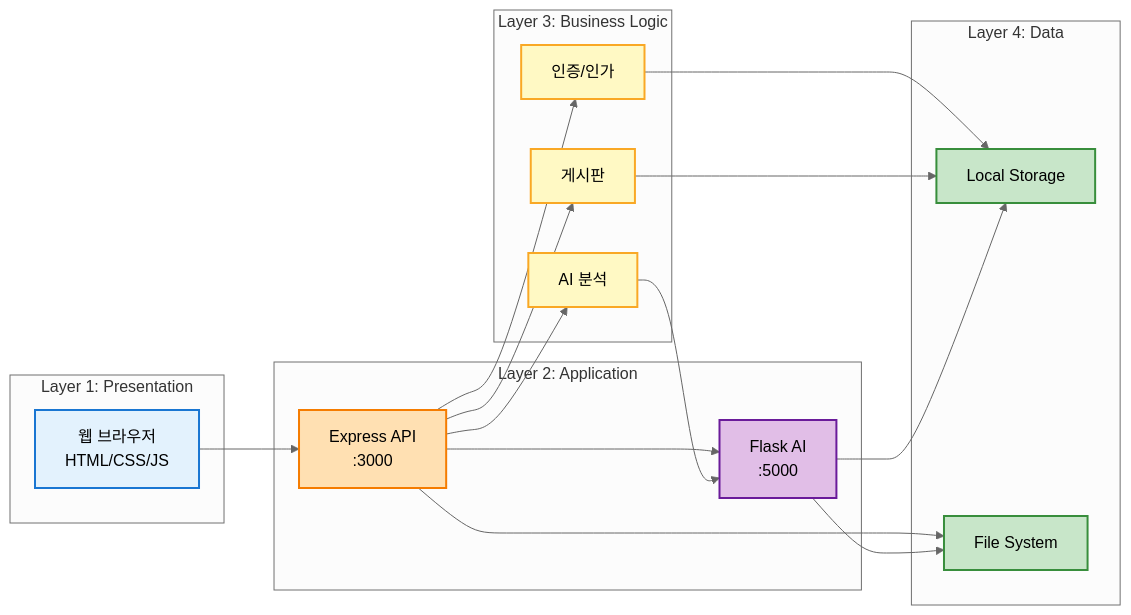
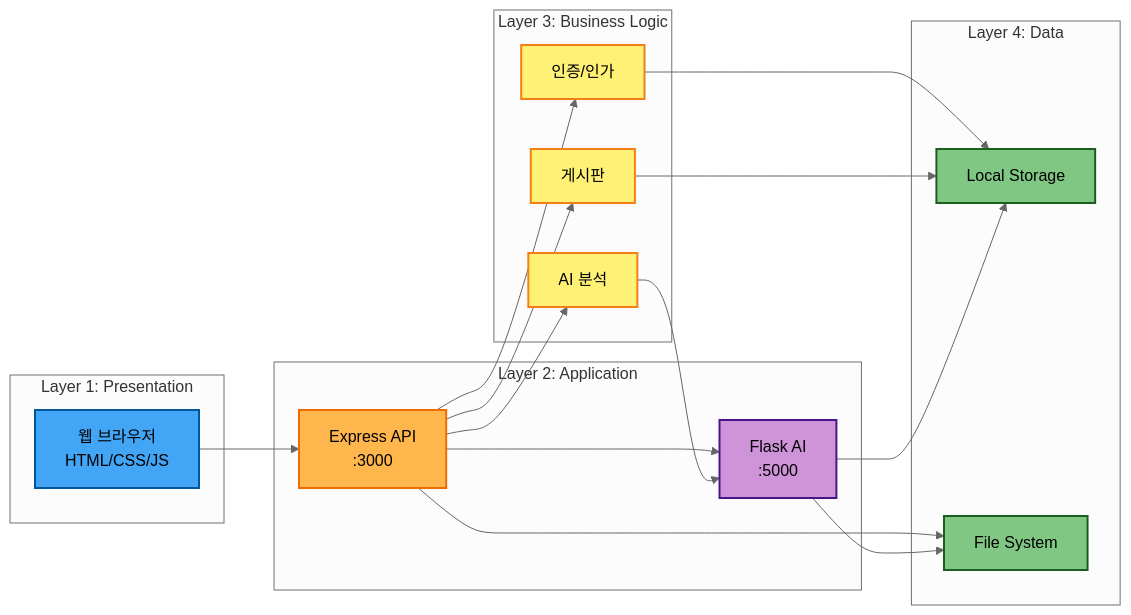
Before and after one commit to kyoe-23/DeepLearning_project: the third of 13 diagrams in Architecture.md, drawn with Mermaid (neutral theme). The commit also changed other lines of this file, not shown here.

````diff
--- a/Architecture.md
+++ b/Architecture.md
@@ -126,43 +126,43 @@
 ```mermaid
 graph LR
     subgraph "Layer 1: Presentation"
         UI["웹 브라우저<br/>HTML/CSS/JS"]
     end
 
     subgraph "Layer 2: Application"
         API["Express API<br/>:3000"]
         AI["Flask AI<br/>:5000"]
     end
 
     subgraph "Layer 3: Business Logic"
         AUTH["인증/인가"]
         BOARD["게시판"]
         ANALYSIS["AI 분석"]
     end
 
     subgraph "Layer 4: Data"
         DB["Local Storage"]
         FS["File System"]
     end
 
     UI --> API
     API --> AI
     API --> AUTH
     API --> BOARD
     API --> ANALYSIS
     AUTH --> DB
     BOARD --> DB
     ANALYSIS --> AI
     AI --> DB
     API --> FS
     AI --> FS
 
-    style UI fill:#E3F2FD,stroke:#1976D2,stroke-width:2px
-    style API fill:#FFE0B2,stroke:#F57C00,stroke-width:2px
-    style AI fill:#E1BEE7,stroke:#6A1B9A,stroke-width:2px
-    style AUTH fill:#FFF9C4,stroke:#F9A825,stroke-width:2px
-    style BOARD fill:#FFF9C4,stroke:#F9A825,stroke-width:2px
-    style ANALYSIS fill:#FFF9C4,stroke:#F9A825,stroke-width:2px
-    style DB fill:#C8E6C9,stroke:#388E3C,stroke-width:2px
-    style FS fill:#C8E6C9,stroke:#388E3C,stroke-width:2px
+    style UI fill:#42A5F5,stroke:#01579B,stroke-width:2px
+    style API fill:#FFB74D,color:#000,stroke:#EF6C00,stroke-width:2px
+    style AI fill:#CE93D8,stroke:#4A148C,stroke-width:2px
+    style AUTH fill:#FFF176,color:#000,stroke:#F57F17,stroke-width:2px
+    style BOARD fill:#FFF176,stroke:#F57F17,stroke-width:2px
+    style ANALYSIS fill:#FFF176,color:#000,stroke:#F57F17,stroke-width:2px
+    style DB fill:#81C784,stroke:#1B5E20,stroke-width:2px
+    style FS fill:#81C784,color:#000,stroke:#1B5E20,stroke-width:2px
 ```
````
